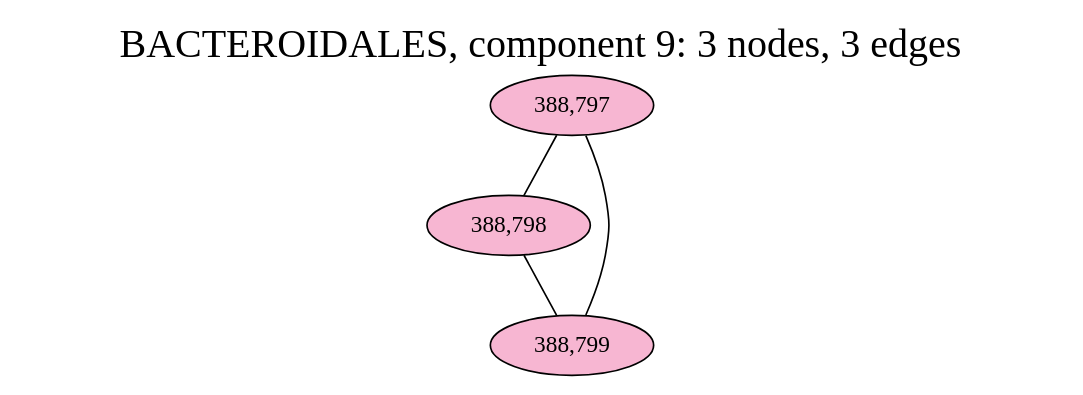
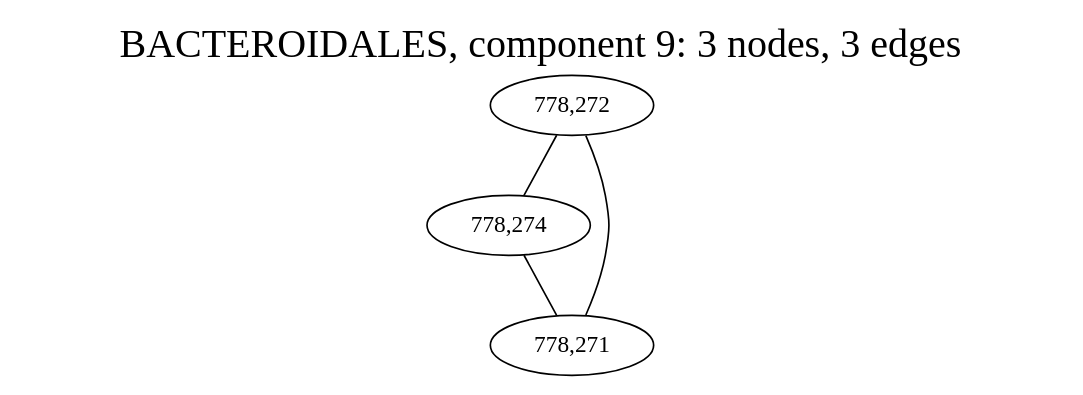
One commit to fedarko/sheepgut changed the diagram in notebooks/graphs/BACTEROIDALES_cc9.gv. Above: the diagram before and after it, drawn with Graphviz. The commit also changed 20 other files, not shown here.

```diff
--- a/notebooks/graphs/BACTEROIDALES_cc9.gv
+++ b/notebooks/graphs/BACTEROIDALES_cc9.gv
@@ -1,13 +1,13 @@
 graph BACTEROIDALES_cc9 {
 	overlap="prism50";
 	outputorder="edgesfirst";
 	label="BACTEROIDALES, component 9: 3 nodes, 3 edges";
 	labelloc="t";
 	fontsize=24;
-	"388,797" [style="filled", fillcolor="#f7b6d2", fontcolor="#000000"];
-	"388,798" [style="filled", fillcolor="#f7b6d2", fontcolor="#000000"];
-	"388,799" [style="filled", fillcolor="#f7b6d2", fontcolor="#000000"];
-	"388,797" -- "388,798";
-	"388,797" -- "388,799";
-	"388,798" -- "388,799";
+	"778,272" [style="filled", fillcolor="#ffffff", fontcolor="#000000"];
+	"778,274" [style="filled", fillcolor="#ffffff", fontcolor="#000000"];
+	"778,271" [style="filled", fillcolor="#ffffff", fontcolor="#000000"];
+	"778,272" -- "778,271";
+	"778,272" -- "778,274";
+	"778,274" -- "778,271";
 }
```
